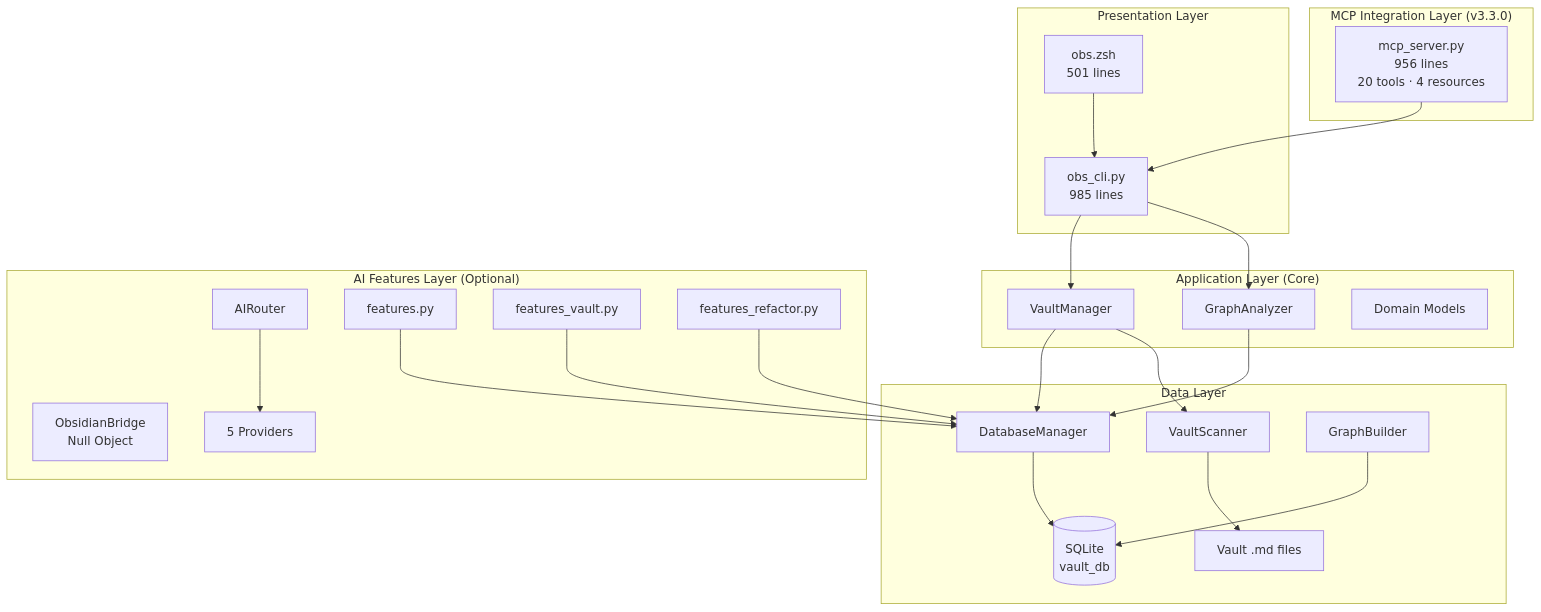
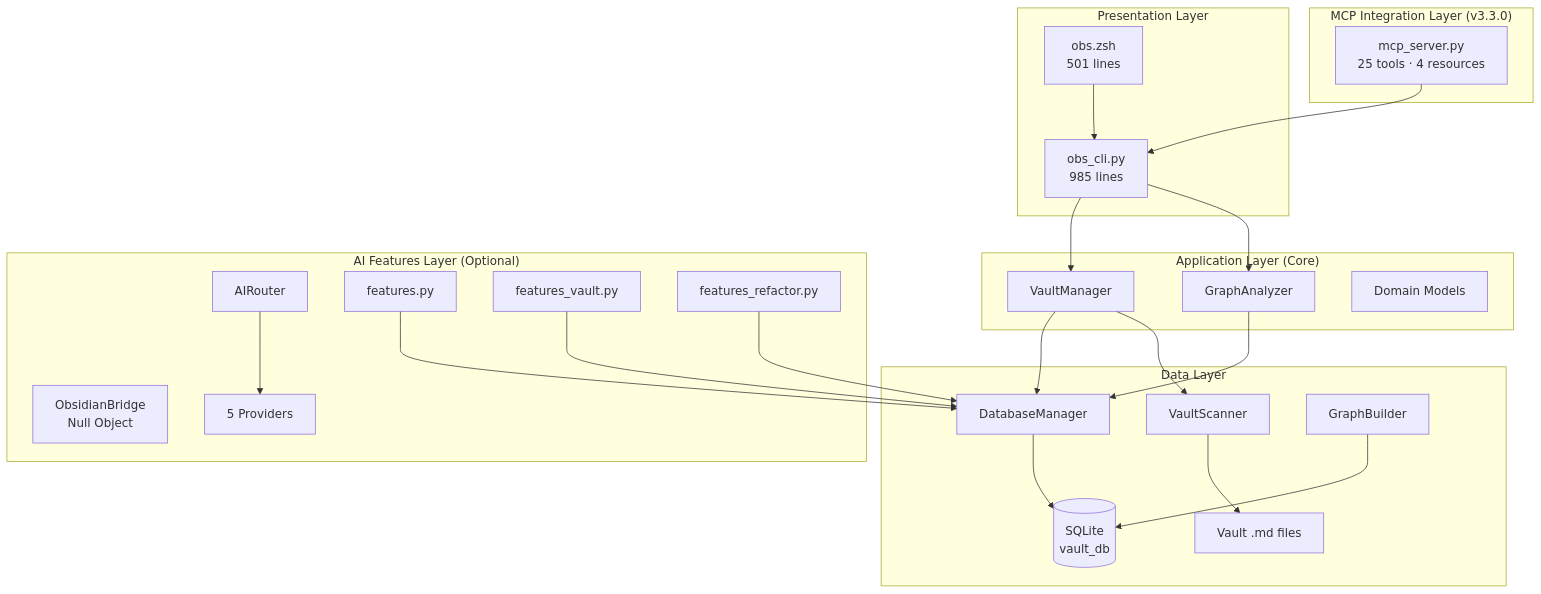
One commit to Data-Wise/obsidian-cli-ops changed the first of 9 diagrams in docs_mkdocs/developer/architecture.md. Above: the diagram before and after it, drawn with Mermaid. The commit also changed other lines of this file and 7 other files, not shown here.

First line of the commit message:
docs: sync mkdocs site currency to v3.5.0 / 25 MCP tools (#42)

````diff
--- a/docs_mkdocs/developer/architecture.md
+++ b/docs_mkdocs/developer/architecture.md
@@ -11,49 +11,49 @@
 ```mermaid
 flowchart TD
     subgraph Presentation["Presentation Layer"]
         Z[obs.zsh\n501 lines]
         P[obs_cli.py\n985 lines]
     end
 
     subgraph MCP["MCP Integration Layer (v3.3.0)"]
-        M[mcp_server.py\n956 lines\n20 tools · 4 resources]
+        M[mcp_server.py\n25 tools · 4 resources]
     end
 
     subgraph Core["Application Layer (Core)"]
         VM[VaultManager]
         GA[GraphAnalyzer]
         DM[Domain Models]
     end
 
     subgraph AI["AI Features Layer (Optional)"]
         AR[AIRouter]
         FT[features.py]
         FV[features_vault.py]
         FR[features_refactor.py]
         OB[ObsidianBridge\nNull Object]
         PR[5 Providers]
     end
 
     subgraph Data["Data Layer"]
         DB[DatabaseManager]
         VS[VaultScanner]
         GB[GraphBuilder]
         SQ[(SQLite\nvault_db)]
         FS[Vault .md files]
     end
 
     Z --> P
     P --> VM
     P --> GA
     M --> P
     VM --> DB
     GA --> DB
     VM --> VS
     VS --> FS
     FT --> DB
     FV --> DB
     FR --> DB
     AR --> PR
     DB --> SQ
     GB --> SQ
 ```
````
